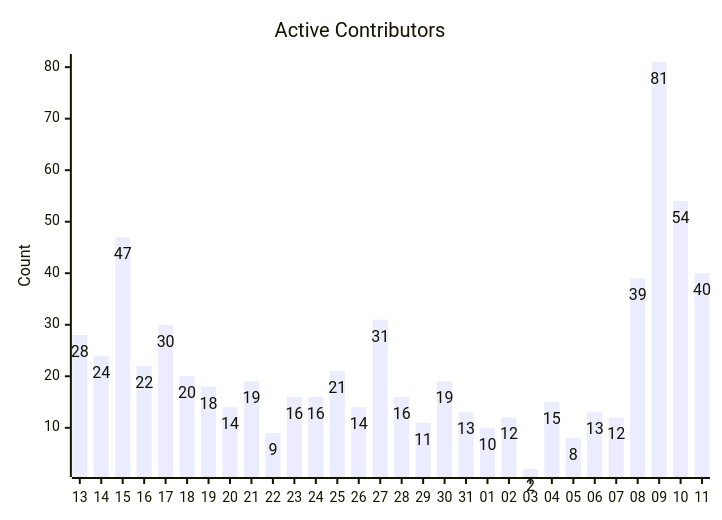
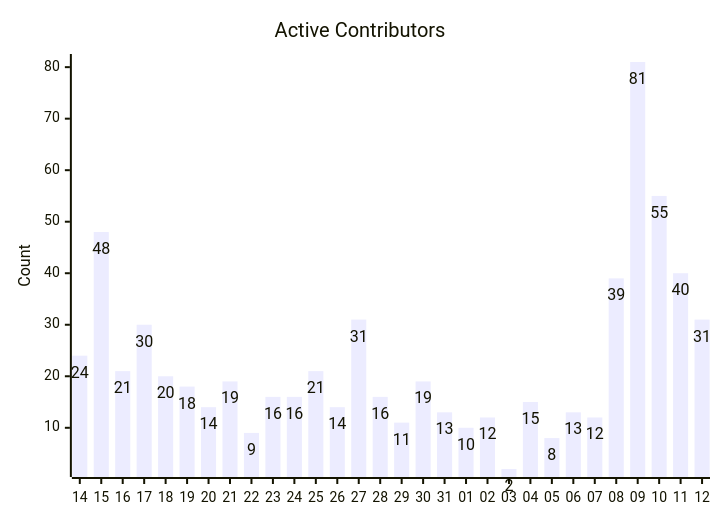
The fifth of 7 diagrams in triage/CONTRIBUTION_METRICS.md (cocosheng-g/gemini-cli), drawn with Mermaid before and after one commit. The commit also changed other lines of this file, not shown here.

````diff
--- a/triage/CONTRIBUTION_METRICS.md
+++ b/triage/CONTRIBUTION_METRICS.md
@@ -92,12 +92,12 @@
 ```mermaid
 ---
 config:
   xyChart:
     showDataLabel: true
 ---
 xychart-beta
     title "Active Contributors"
-    x-axis ["13", "14​", "15​​", "16​​​", "17​​​​", "18​​​​​", "19​​​​​​", "20​​​​​​​", "21​​​​​​​​", "22​​​​​​​​​", "23​​​​​​​​​​", "24​​​​​​​​​​​", "25​​​​​​​​​​​​", "26​​​​​​​​​​​​​", "27​​​​​​​​​​​​​​", "28​​​​​​​​​​​​​​​", "29​​​​​​​​​​​​​​​​", "30​​​​​​​​​​​​​​​​​", "31​​​​​​​​​​​​​​​​​​", "01​​​​​​​​​​​​​​​​​​​", "02​​​​​​​​​​​​​​​​​​​​", "03​​​​​​​​​​​​​​​​​​​​​", "04​​​​​​​​​​​​​​​​​​​​​​", "05​​​​​​​​​​​​​​​​​​​​​​​", "06​​​​​​​​​​​​​​​​​​​​​​​​", "07​​​​​​​​​​​​​​​​​​​​​​​​​", "08​​​​​​​​​​​​​​​​​​​​​​​​​​", "09​​​​​​​​​​​​​​​​​​​​​​​​​​​", "10​​​​​​​​​​​​​​​​​​​​​​​​​​​​", "11​​​​​​​​​​​​​​​​​​​​​​​​​​​​​"]
+    x-axis ["14", "15​", "16​​", "17​​​", "18​​​​", "19​​​​​", "20​​​​​​", "21​​​​​​​", "22​​​​​​​​", "23​​​​​​​​​", "24​​​​​​​​​​", "25​​​​​​​​​​​", "26​​​​​​​​​​​​", "27​​​​​​​​​​​​​", "28​​​​​​​​​​​​​​", "29​​​​​​​​​​​​​​​", "30​​​​​​​​​​​​​​​​", "31​​​​​​​​​​​​​​​​​", "01​​​​​​​​​​​​​​​​​​", "02​​​​​​​​​​​​​​​​​​​", "03​​​​​​​​​​​​​​​​​​​​", "04​​​​​​​​​​​​​​​​​​​​​", "05​​​​​​​​​​​​​​​​​​​​​​", "06​​​​​​​​​​​​​​​​​​​​​​​", "07​​​​​​​​​​​​​​​​​​​​​​​​", "08​​​​​​​​​​​​​​​​​​​​​​​​​", "09​​​​​​​​​​​​​​​​​​​​​​​​​​", "10​​​​​​​​​​​​​​​​​​​​​​​​​​​", "11​​​​​​​​​​​​​​​​​​​​​​​​​​​​", "12​​​​​​​​​​​​​​​​​​​​​​​​​​​​​"]
     y-axis "Count"
-    bar [28, 24, 47, 22, 30, 20, 18, 14, 19, 9, 16, 16, 21, 14, 31, 16, 11, 19, 13, 10, 12, 2, 15, 8, 13, 12, 39, 81, 54, 40]
+    bar [24, 48, 21, 30, 20, 18, 14, 19, 9, 16, 16, 21, 14, 31, 16, 11, 19, 13, 10, 12, 2, 15, 8, 13, 12, 39, 81, 55, 40, 31]
 ```
````
